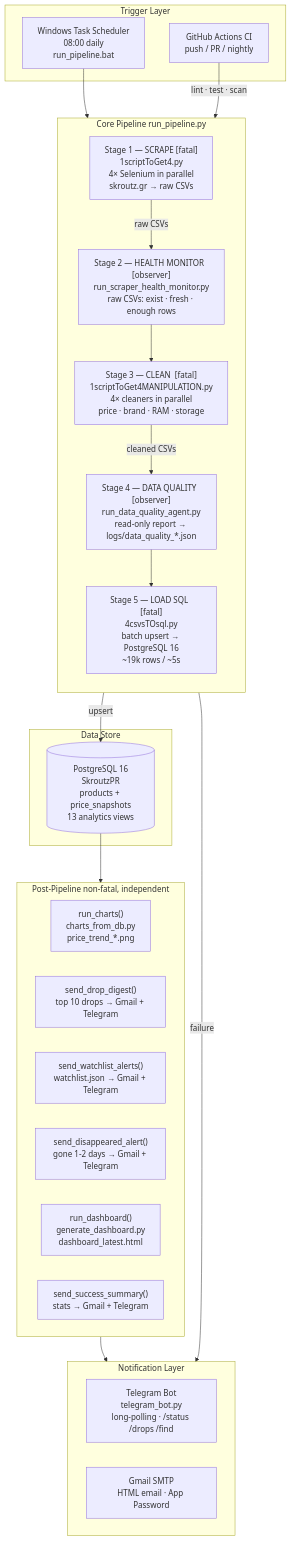
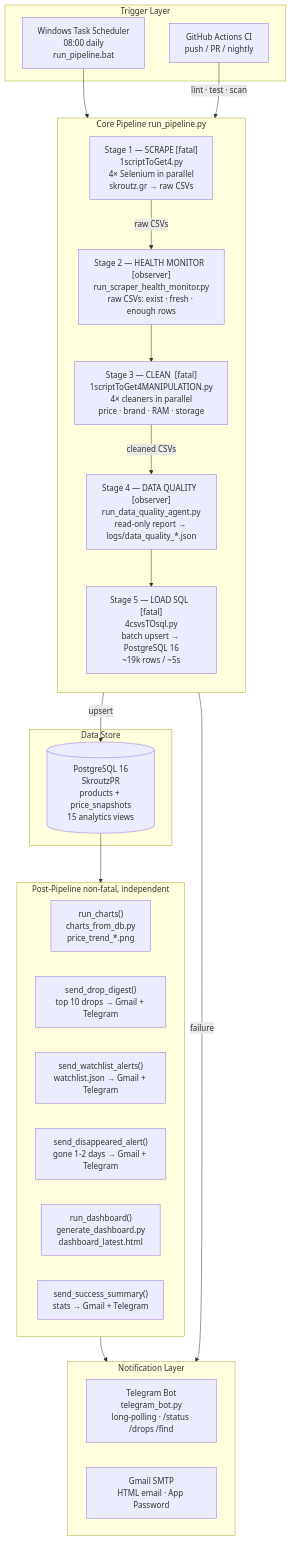
The diagram in PIPELINE.md (StavrosKav/skroutz-data-pipeline), drawn with Mermaid before and after one commit. The commit also changed other lines of this file and 22 other files, not shown here.

````diff
--- a/PIPELINE.md
+++ b/PIPELINE.md
@@ -5,45 +5,45 @@
 ```mermaid
 flowchart TD
     subgraph Trigger["Trigger Layer"]
         WTS["Windows Task Scheduler\n08:00 daily\nrun_pipeline.bat"]
         GHA["GitHub Actions CI\npush / PR / nightly"]
     end
 
     subgraph Core["Core Pipeline  run_pipeline.py"]
         direction TB
         S1["Stage 1 — SCRAPE  [fatal]\n1scriptToGet4.py\n4× Selenium in parallel\nskroutz.gr → raw CSVs"]
         HM["Stage 2 — HEALTH MONITOR  [observer]\nrun_scraper_health_monitor.py\nraw CSVs: exist · fresh · enough rows"]
         S2["Stage 3 — CLEAN  [fatal]\n1scriptToGet4MANIPULATION.py\n4× cleaners in parallel\nprice · brand · RAM · storage"]
         DQ["Stage 4 — DATA QUALITY  [observer]\nrun_data_quality_agent.py\nread-only report → logs/data_quality_*.json"]
         S3["Stage 5 — LOAD SQL  [fatal]\n4csvsTOsql.py\nbatch upsert → PostgreSQL 16\n~19k rows / ~5s"]
         S1 -->|raw CSVs| HM
         HM --> S2
         S2 -->|cleaned CSVs| DQ
         DQ --> S3
     end
 
     subgraph Post["Post-Pipeline  non-fatal, independent"]
         CH["run_charts()\ncharts_from_db.py\nprice_trend_*.png"]
         DD["send_drop_digest()\ntop 10 drops → Gmail + Telegram"]
         WL["send_watchlist_alerts()\nwatchlist.json → Gmail + Telegram"]
         DA["send_disappeared_alert()\ngone 1-2 days → Gmail + Telegram"]
         DB["run_dashboard()\ngenerate_dashboard.py\ndashboard_latest.html"]
         OK["send_success_summary()\nstats → Gmail + Telegram"]
     end
 
     subgraph Notify["Notification Layer"]
         TG["Telegram Bot\ntelegram_bot.py\nlong-polling · /status /drops /find"]
         GM["Gmail SMTP\nHTML email · App Password"]
     end
 
     subgraph Store["Data Store"]
-        PG[("PostgreSQL 16\nSkroutzPR\nproducts + price_snapshots\n13 analytics views")]
+        PG[("PostgreSQL 16\nSkroutzPR\nproducts + price_snapshots\n15 analytics views")]
     end
 
     WTS --> Core
     GHA -->|lint · test · scan| Core
     S3 -->|upsert| PG
     PG --> Post
     Post --> Notify
     Core -->|failure| Notify
 ```
````
